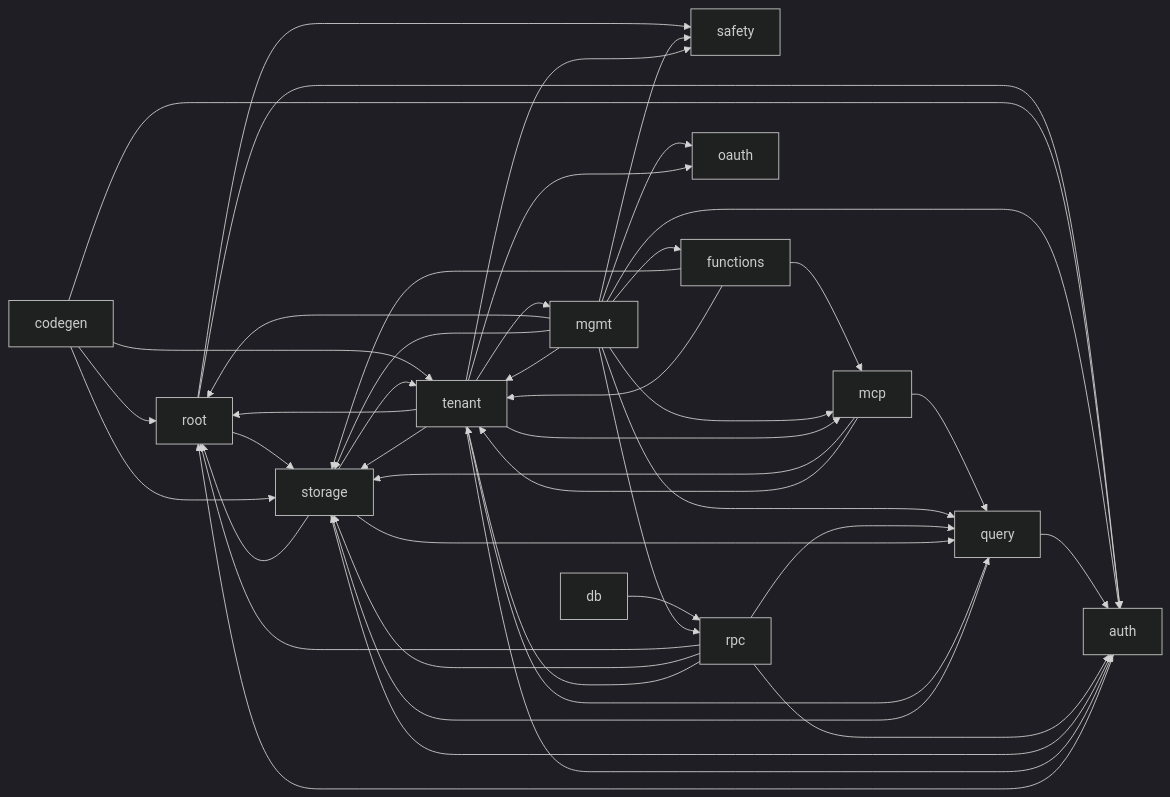
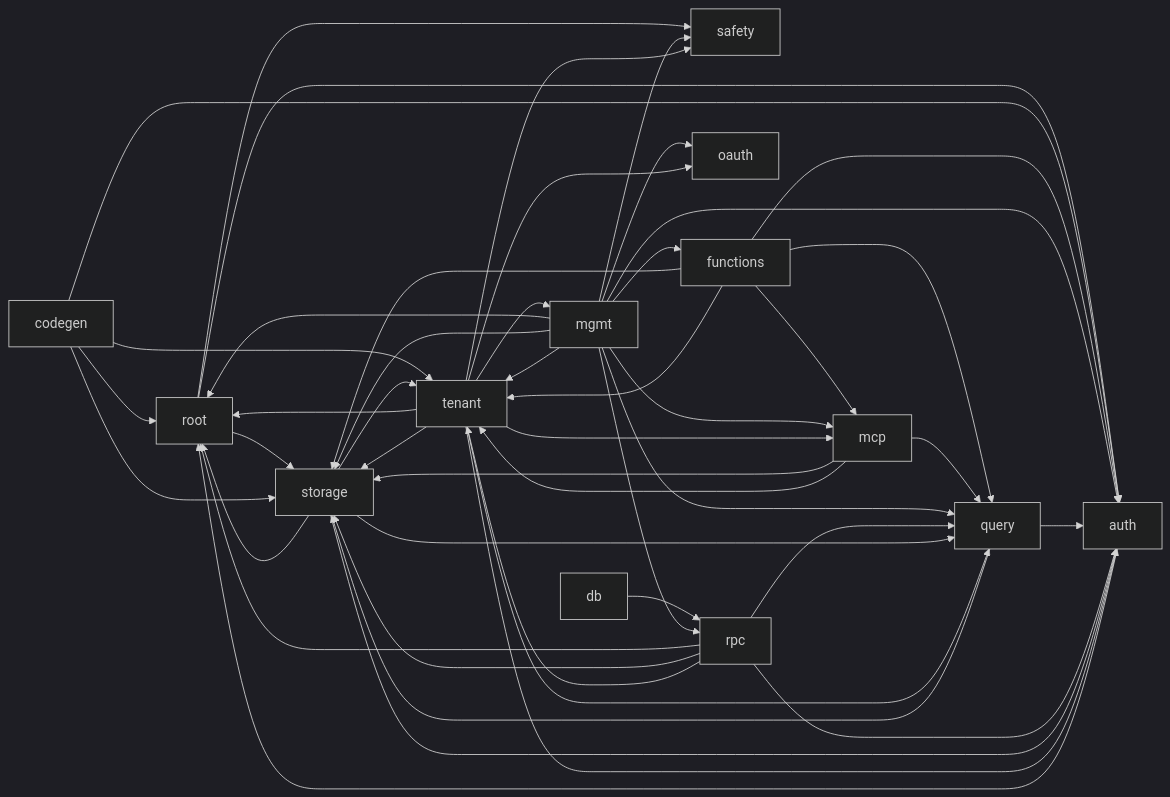
One commit to KaelLim/drust changed the diagram in docs/architecture.md. Above: the diagram before and after it, drawn with Mermaid (dark theme). The commit also changed other lines of this file and 1 other file, not shown here.

First line of the commit message:
chore(docs): point architecture index at codebase-memory-mcp; regenerate

````diff
--- a/docs/architecture.md
+++ b/docs/architecture.md
@@ -41,47 +41,49 @@
 ```mermaid
 graph LR
   root --> auth
   root --> safety
   root --> storage
   auth --> root
   codegen --> root
   codegen --> auth
   codegen --> storage
   codegen --> tenant
   db --> rpc
+  functions --> auth
   functions --> mcp
+  functions --> query
   functions --> storage
   functions --> tenant
   mcp --> query
   mcp --> storage
   mcp --> tenant
   mgmt --> root
   mgmt --> auth
   mgmt --> functions
   mgmt --> mcp
   mgmt --> oauth
   mgmt --> query
   mgmt --> rpc
   mgmt --> safety
   mgmt --> storage
   mgmt --> tenant
   query --> auth
   query --> storage
   rpc --> root
   rpc --> auth
   rpc --> query
   rpc --> storage
   rpc --> tenant
   storage --> root
   storage --> auth
   storage --> query
   storage --> tenant
   tenant --> root
   tenant --> auth
   tenant --> mcp
   tenant --> mgmt
   tenant --> oauth
   tenant --> query
   tenant --> safety
   tenant --> storage
 ```
````
